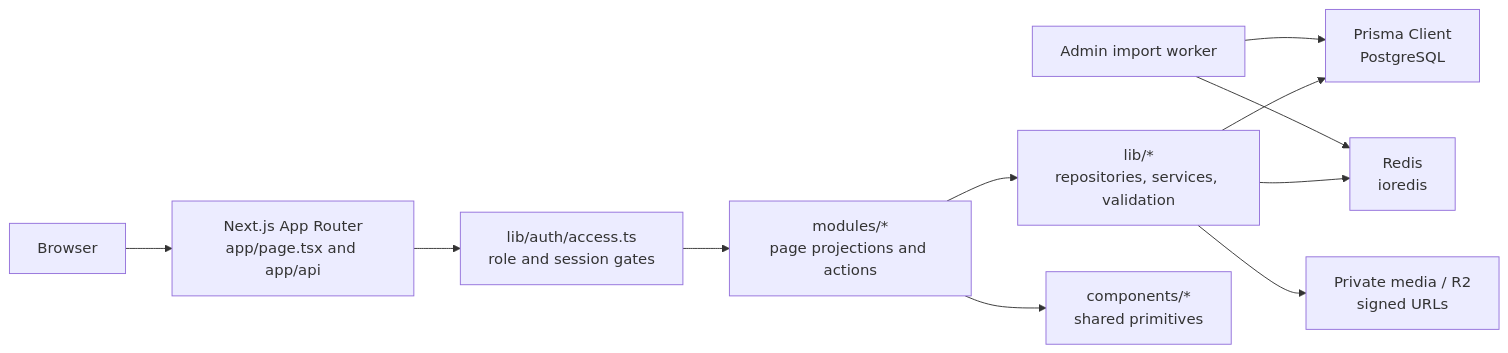
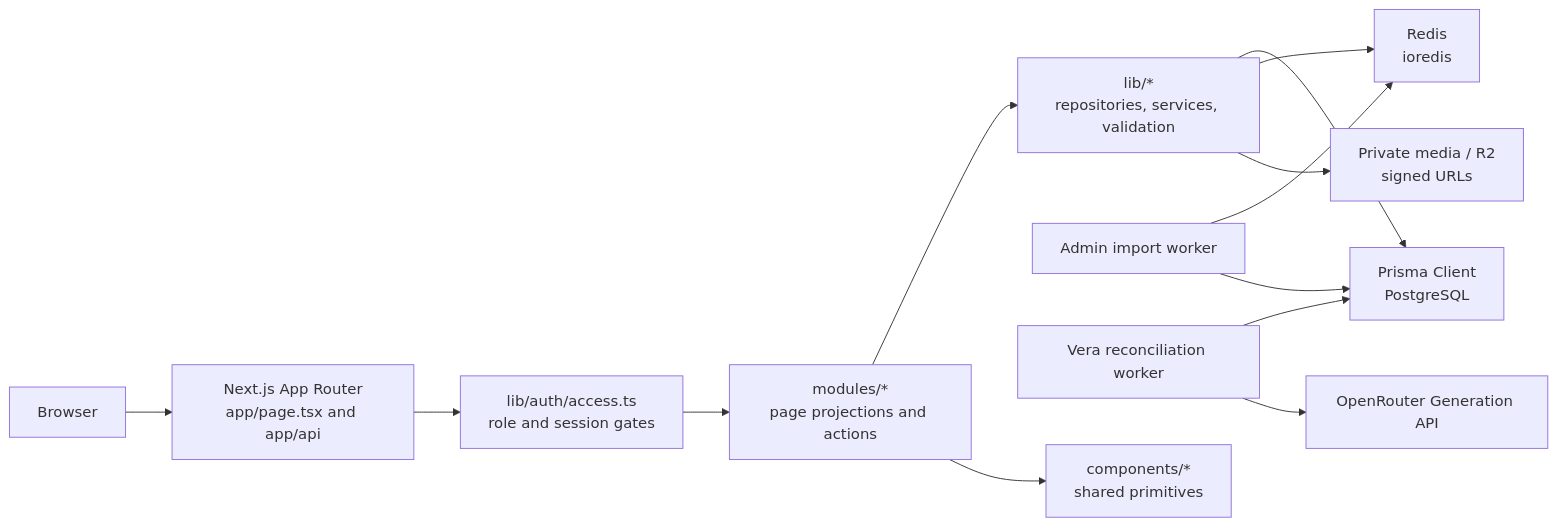
One commit to crlnravel/vecalss-app changed the diagram in docs/wiki/architecture.md. Above: the diagram before and after it, drawn with Mermaid. The commit also changed other lines of this file and 8 other files, not shown here.

````diff
--- a/docs/wiki/architecture.md
+++ b/docs/wiki/architecture.md
@@ -14,13 +14,15 @@
 ```mermaid
 flowchart LR
     Browser[Browser] --> App[Next.js App Router\napp/page.tsx and app/api]
     App --> Access[lib/auth/access.ts\nrole and session gates]
     Access --> Module[modules/*\npage projections and actions]
     Module --> Domain[lib/*\nrepositories, services, validation]
     Domain --> Prisma[Prisma Client\nPostgreSQL]
     Domain --> Redis[Redis\nioredis]
-    Worker[Admin import worker] --> Redis
-    Worker --> Prisma
+    ImportWorker[Admin import worker] --> Redis
+    ImportWorker --> Prisma
+    VeraWorker[Vera reconciliation worker] --> Prisma
+    VeraWorker --> Provider[OpenRouter Generation API]
     Domain --> Media[Private media / R2\nsigned URLs]
     Module --> UI[components/*\nshared primitives]
 ```
````
